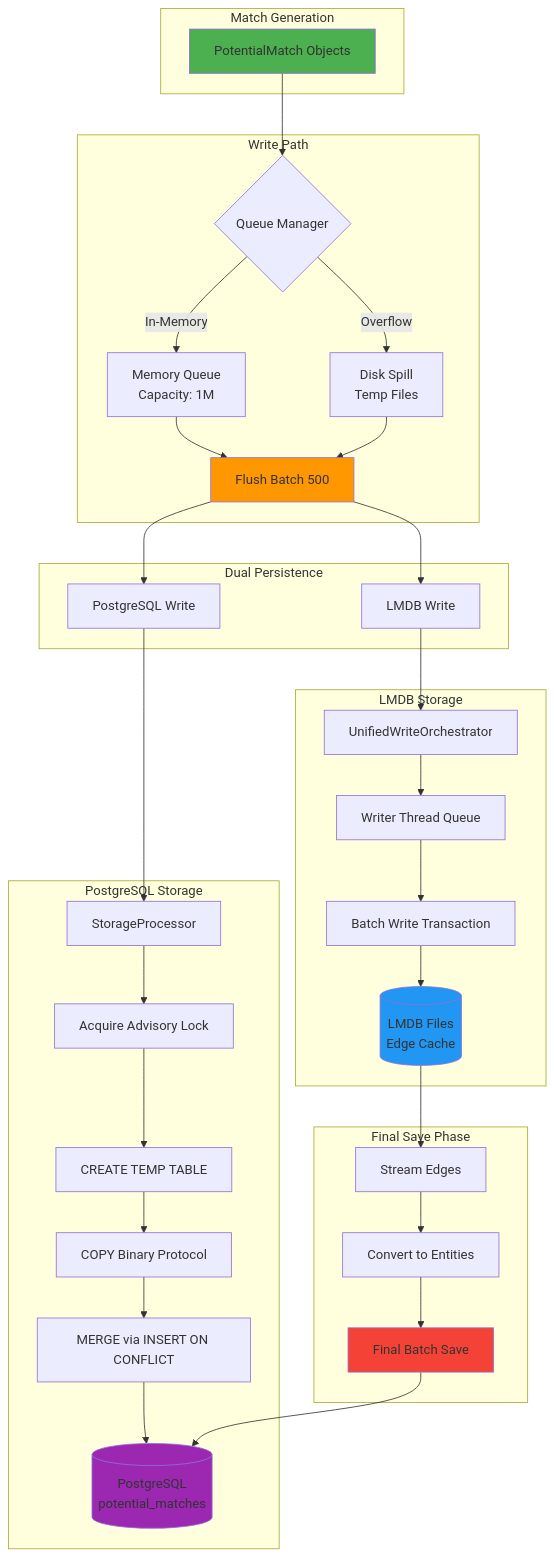
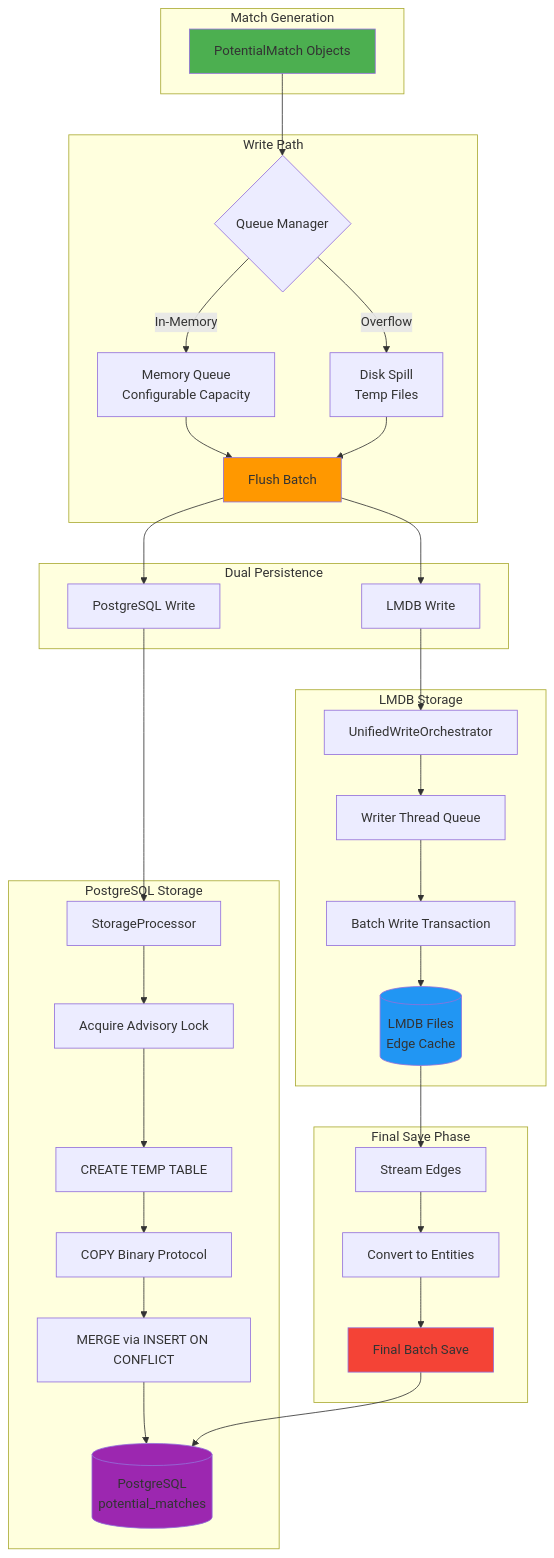
Before and after one commit to kagit00/schedule_x: diagram 17 of 25 in docs/Low Level Designs/ScheduledPotentialMatchesCreation.md, drawn with Mermaid. The commit also changed other lines of this file and 7 other files, not shown here.

````diff
--- a/docs/Low Level Designs/ScheduledPotentialMatchesCreation.md
+++ b/docs/Low Level Designs/ScheduledPotentialMatchesCreation.md
@@ -1101,48 +733,48 @@
 ```mermaid
 graph TB
     subgraph "Match Generation"
         A[PotentialMatch Objects]
     end
-    
+   
     subgraph "Write Path"
         A --> B{Queue Manager}
-        B -->|In-Memory| C[Memory Queue<br/>Capacity: 1M]
+        B -->|In-Memory| C[Memory Queue<br/>Configurable Capacity]
         B -->|Overflow| D[Disk Spill<br/>Temp Files]
-        C --> E[Flush Batch 500]
+        C --> E[Flush Batch]
         D --> E
     end
-    
+   
     subgraph "Dual Persistence"
         E --> F[LMDB Write]
         E --> G[PostgreSQL Write]
     end
-    
+   
     subgraph "LMDB Storage"
         F --> H[UnifiedWriteOrchestrator]
         H --> I[Writer Thread Queue]
         I --> J[Batch Write Transaction]
         J --> K[(LMDB Files<br/>Edge Cache)]
     end
-    
+   
     subgraph "PostgreSQL Storage"
         G --> L[StorageProcessor]
         L --> M[Acquire Advisory Lock]
         M --> N[CREATE TEMP TABLE]
         N --> O[COPY Binary Protocol]
         O --> P[MERGE via INSERT ON CONFLICT]
         P --> Q[(PostgreSQL<br/>potential_matches)]
     end
-    
+   
     subgraph "Final Save Phase"
         K --> R[Stream Edges]
         R --> S[Convert to Entities]
         S --> T[Final Batch Save]
         T --> Q
     end
-    
+   
     style A fill:#4CAF50
     style E fill:#FF9800
     style K fill:#2196F3
     style Q fill:#9C27B0
     style T fill:#F44336
 ```
````
